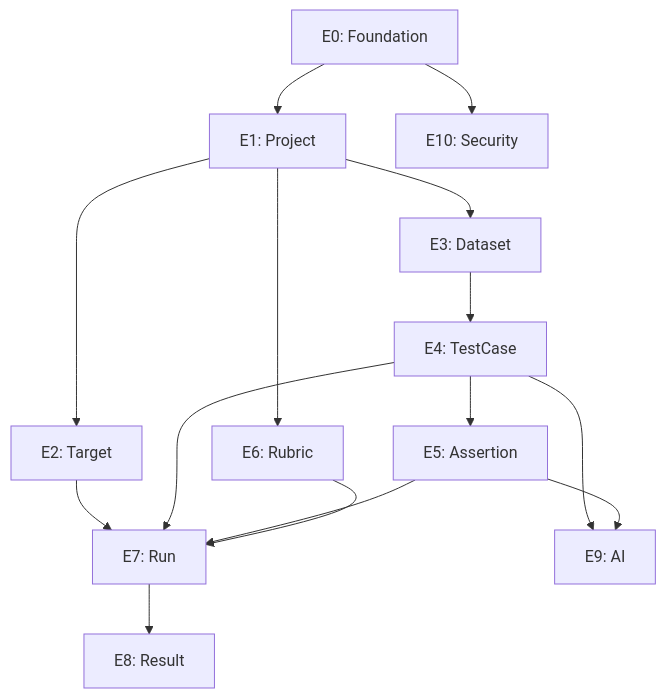
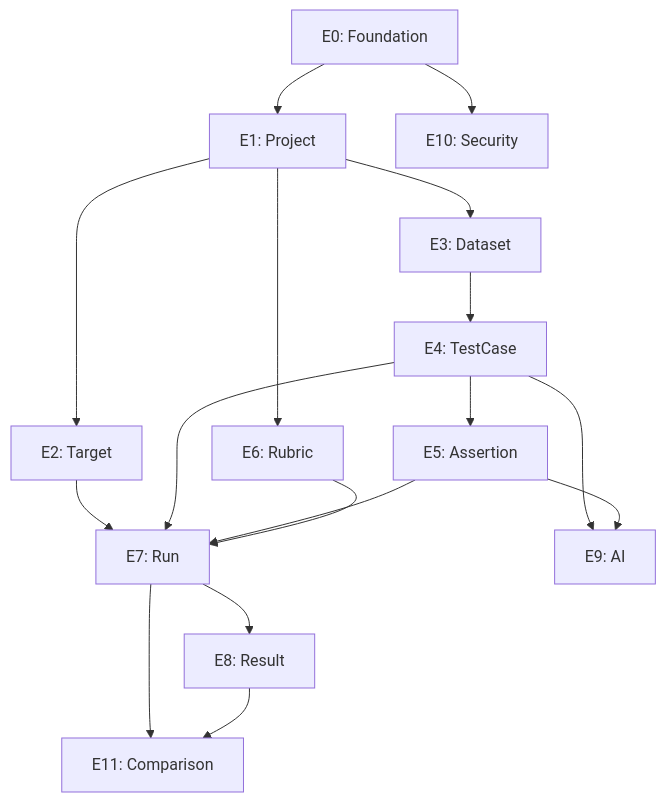
Before and after one commit to VSF-QC-TTS/vf-ai-testhub: the diagram in docs/tasks/TASKS_Backend.md, drawn with Mermaid. The commit also changed other lines of this file and 12 other files, not shown here.

Commit message:
docs: update task and architecture docs

````diff
--- a/docs/tasks/TASKS_Backend.md
+++ b/docs/tasks/TASKS_Backend.md
@@ -97,17 +100,19 @@
 ```mermaid
 graph TD
     E0[E0: Foundation] --> E1[E1: Project]
     E0 --> E10[E10: Security]
     E1 --> E2[E2: Target]
     E1 --> E3[E3: Dataset]
     E1 --> E6[E6: Rubric]
     E3 --> E4[E4: TestCase]
     E4 --> E5[E5: Assertion]
     E2 --> E7[E7: Run]
     E4 --> E7
     E5 --> E7
     E6 --> E7
     E7 --> E8[E8: Result]
     E4 --> E9[E9: AI]
     E5 --> E9
+    E7 --> E11[E11: Comparison]
+    E8 --> E11
 ```
````
